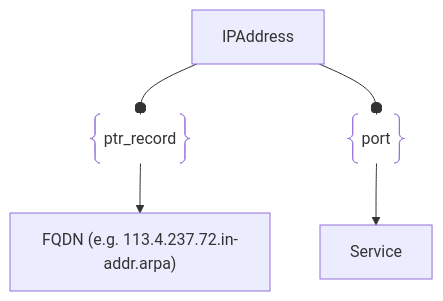
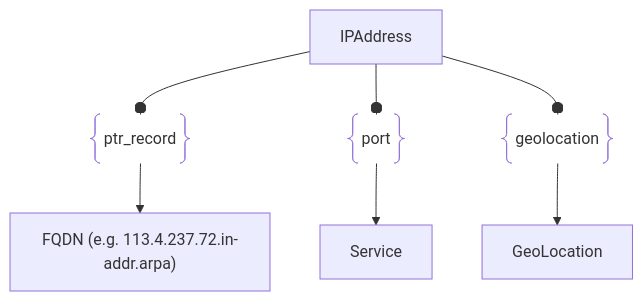
Before and after one commit to owasp-amass/docs: the diagram in docs/open_asset_model/assets/ip_address.md, drawn with Mermaid. The commit also changed other lines of this file and 105 other files, not shown here.

````diff
--- a/docs/open_asset_model/assets/ip_address.md
+++ b/docs/open_asset_model/assets/ip_address.md
@@ -31,13 +43,18 @@
 ```mermaid
 graph TD
 ipaddr["IPAddress"]
 fqdn["FQDN (e.g. 113.4.237.72.in-addr.arpa)"]
 ptr@{ shape: braces, label: "ptr_record"}
 ipaddr --o ptr
 ptr --> fqdn
 
 service["Service"]
 port@{ shape: braces, label: "port"}
 ipaddr --o port
 port --> service
+
+geo["GeoLocation"]
+geoRel@{ shape: braces, label: "geolocation"}
+ipaddr --o geoRel
+geoRel --> geo
 ```
````
